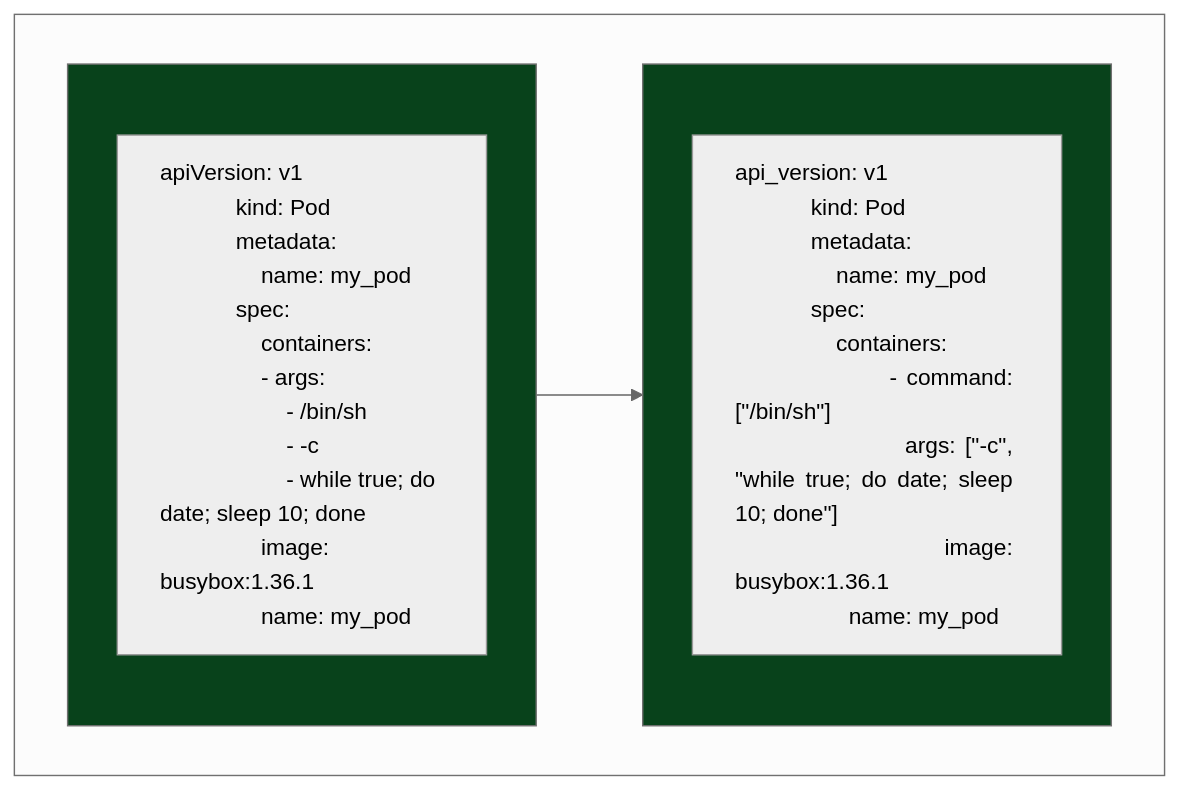
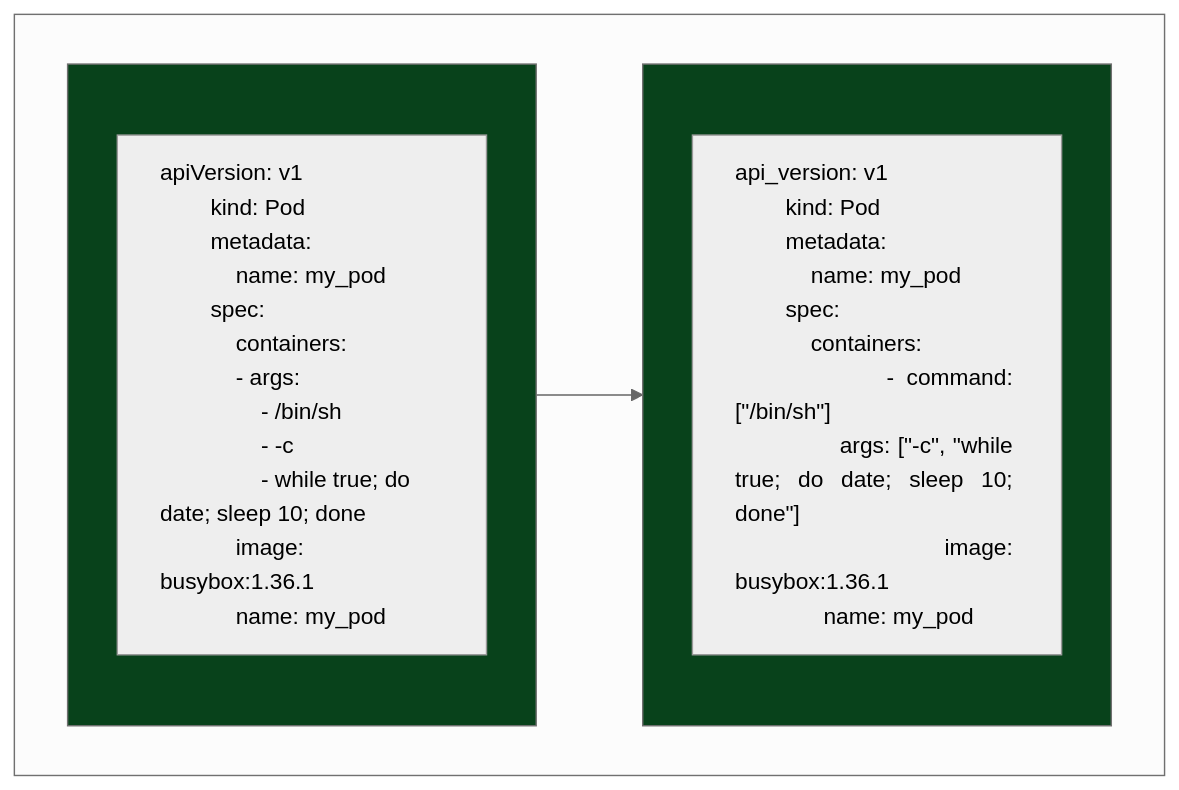
The fourth of 4 diagrams in ckad_notes.md (tejada7/Java-Certification), drawn with Mermaid (neutral theme) before and after one commit. The commit also changed other lines of this file, not shown here.

Commit message:
Add volumes description

````diff
--- a/ckad_notes.md
+++ b/ckad_notes.md
@@ -185,42 +201,42 @@
 ```mermaid
 flowchart TD
 ;
-    subgraph frame[ ]
-        direction LR
-        subgraph example1[ ]
-            description1[
-            apiVersion: v1
-            kind: Pod
-            metadata:
-            #nbsp; #nbsp; name: my_pod
-            spec:
-            #nbsp; #nbsp; containers:
-            #nbsp; #nbsp; - args:
-            #nbsp; #nbsp; #nbsp; #nbsp; - /bin/sh
-            #nbsp; #nbsp; #nbsp; #nbsp; - -c
-            #nbsp; #nbsp; #nbsp; #nbsp; - while true; do date; sleep 10; done
-            #nbsp; #nbsp; image: busybox:1.36.1
-            #nbsp; #nbsp; name: my_pod]
-        end
-        example1:::color
-        description1:::alignLeft
-        subgraph example2[ ]
-            description2[
-            api_version: v1
-            kind: Pod 
-            metadata:
-            #nbsp; #nbsp; name: my_pod
-            spec:
-            #nbsp; #nbsp; containers:
-            #nbsp; #nbsp; - command: #91;#34;/bin/sh#34;#93;
-            #nbsp; #nbsp; #nbsp; args: #91;#34;-c#34;, #34;while true; do date; sleep 10; done#34;#93;
-            #nbsp; #nbsp; #nbsp; image: busybox:1.36.1
-            #nbsp; #nbsp; #nbsp; name: my_pod]:::yamlText
-        end
-        example2:::color
-        example1 --> example2
-        classDef color fill:#08421b;
-        classDef yamlText text-align-last: left, text-align: justify, text-justify: distribute;
-        classDef alignLeft text-align: left;
+subgraph frame[ ]
+    direction LR
+    subgraph example1[ ]
+        description1["
+        apiVersion: v1
+        kind: Pod
+        metadata:
+        #nbsp; #nbsp; name: my_pod
+        spec:
+        #nbsp; #nbsp; containers:
+        #nbsp; #nbsp; - args:
+        #nbsp; #nbsp; #nbsp; #nbsp; - /bin/sh
+        #nbsp; #nbsp; #nbsp; #nbsp; - -c
+        #nbsp; #nbsp; #nbsp; #nbsp; - while true; do date; sleep 10; done
+        #nbsp; #nbsp; image: busybox:1.36.1
+        #nbsp; #nbsp; name: my_pod"]
+    end
+    example1:::color
+    description1:::alignLeft
+    subgraph example2[ ]
+        description2["
+        api_version: v1
+        kind: Pod
+        metadata:
+        #nbsp; #nbsp; name: my_pod
+        spec:
+        #nbsp; #nbsp; containers:
+        #nbsp; #nbsp; - command: #91;#34;/bin/sh#34;#93;
+        #nbsp; #nbsp; #nbsp; args: #91;#34;-c#34;, #34;while true; do date; sleep 10; done#34;#93;
+        #nbsp; #nbsp; #nbsp; image: busybox:1.36.1
+        #nbsp; #nbsp; #nbsp; name: my_pod"]:::yamlText
+    end
+    example2:::color
+    example1 --> example2
+    classDef color fill:#08421b;
+    classDef yamlText text-align-last: left, text-align: justify, text-justify: distribute;
+    classDef alignLeft text-align: left;
 end
 ```
````
